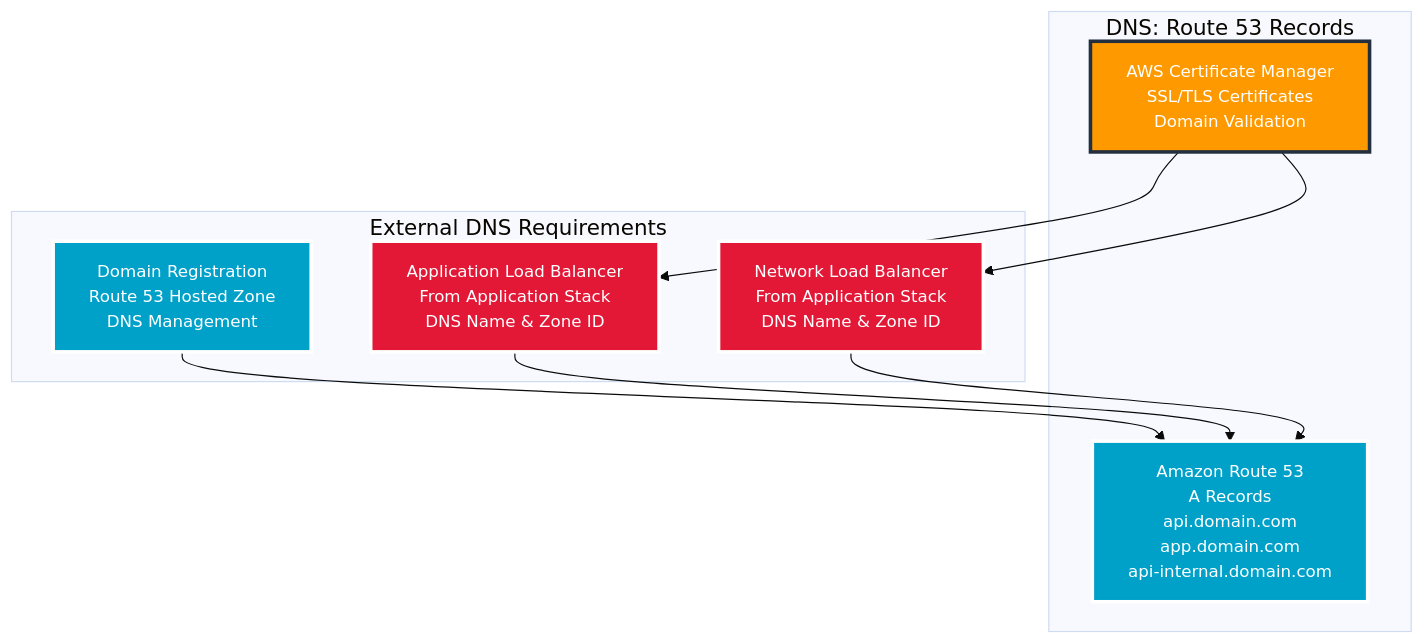
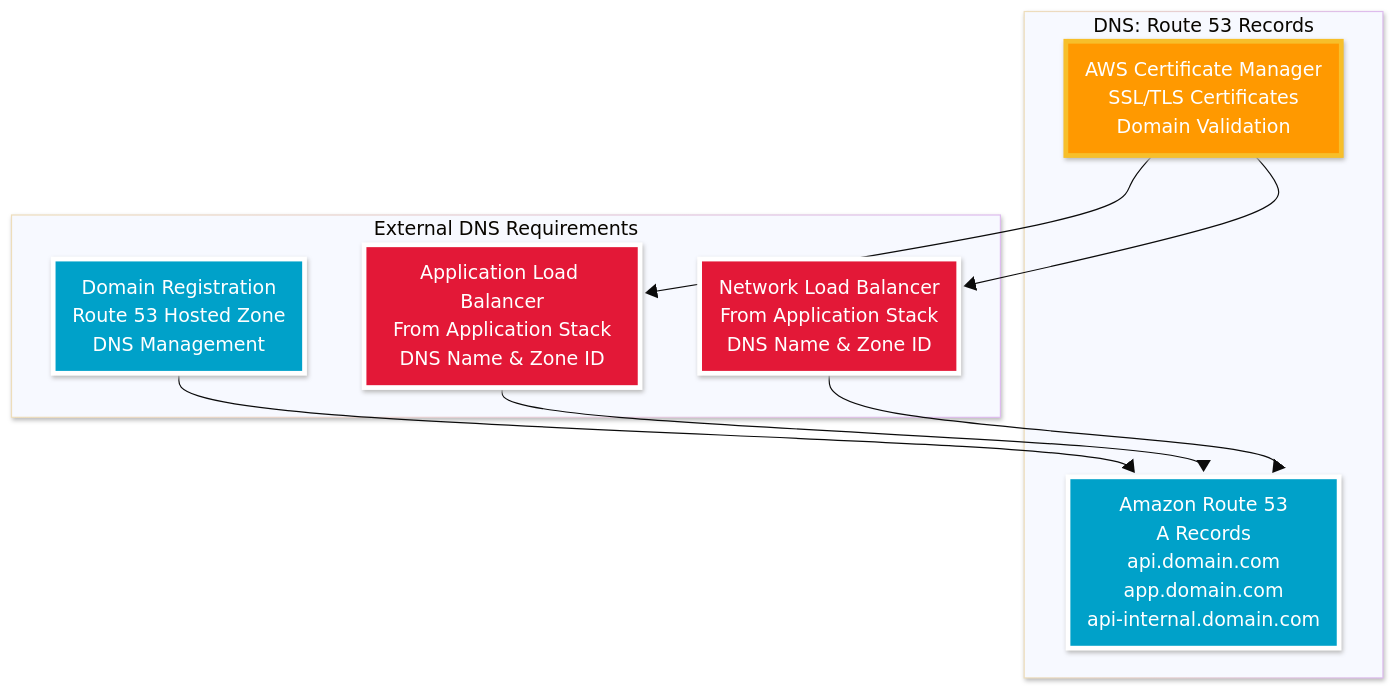
Before and after one commit to pulumi/pulumi-self-hosted-installers: the diagram in ecs-hosted/go/diagrams/04-dns.mmd, drawn with Mermaid. The commit also changed 55 other files, not shown here.

```diff
--- a/ecs-hosted/go/diagrams/04-dns.mmd
+++ b/ecs-hosted/go/diagrams/04-dns.mmd
@@ -1,22 +1,26 @@
-%%{init: {'theme':'base', 'themeVariables': {'fontSize': '18px', 'fontFamily': 'Arial, sans-serif'}}}%%
+---
+config:
+  look: neo
+  theme: base
+---
 graph TD
-    classDef dns fill:#00A1C9,stroke:#FFFFFF,stroke-width:3px,color:#FFFFFF,font-size:14px
-    classDef aws fill:#FF9900,stroke:#232F3E,stroke-width:3px,color:#FFFFFF,font-size:14px
-    classDef network fill:#E31837,stroke:#FFFFFF,stroke-width:3px,color:#FFFFFF,font-size:14px
+    classDef dns fill:#00A1C9,stroke:#FFFFFF,stroke-width:4px,color:#FFFFFF
+    classDef aws fill:#FF9900,stroke:#f7bf2a,stroke-width:4px,color:#FFFFFF
+    classDef network fill:#E31837,stroke:#FFFFFF,stroke-width:4px,color:#FFFFFF
     
     subgraph DNS["DNS: Route 53 Records"]
         ROUTE53[Amazon Route 53<br/>A Records<br/>api.domain.com<br/>app.domain.com<br/>api-internal.domain.com]:::dns
         ACM[AWS Certificate Manager<br/>SSL/TLS Certificates<br/>Domain Validation]:::aws
     end
     
     subgraph EXT_DNS["External DNS Requirements"]
         DOMAIN[Domain Registration<br/>Route 53 Hosted Zone<br/>DNS Management]:::dns
         ALB_REF[Application Load Balancer<br/>From Application Stack<br/>DNS Name & Zone ID]:::network
         NLB_REF[Network Load Balancer<br/>From Application Stack<br/>DNS Name & Zone ID]:::network
     end
     
     DOMAIN --> ROUTE53
     ALB_REF --> ROUTE53
     NLB_REF --> ROUTE53
     ACM --> ALB_REF
     ACM --> NLB_REF
```
